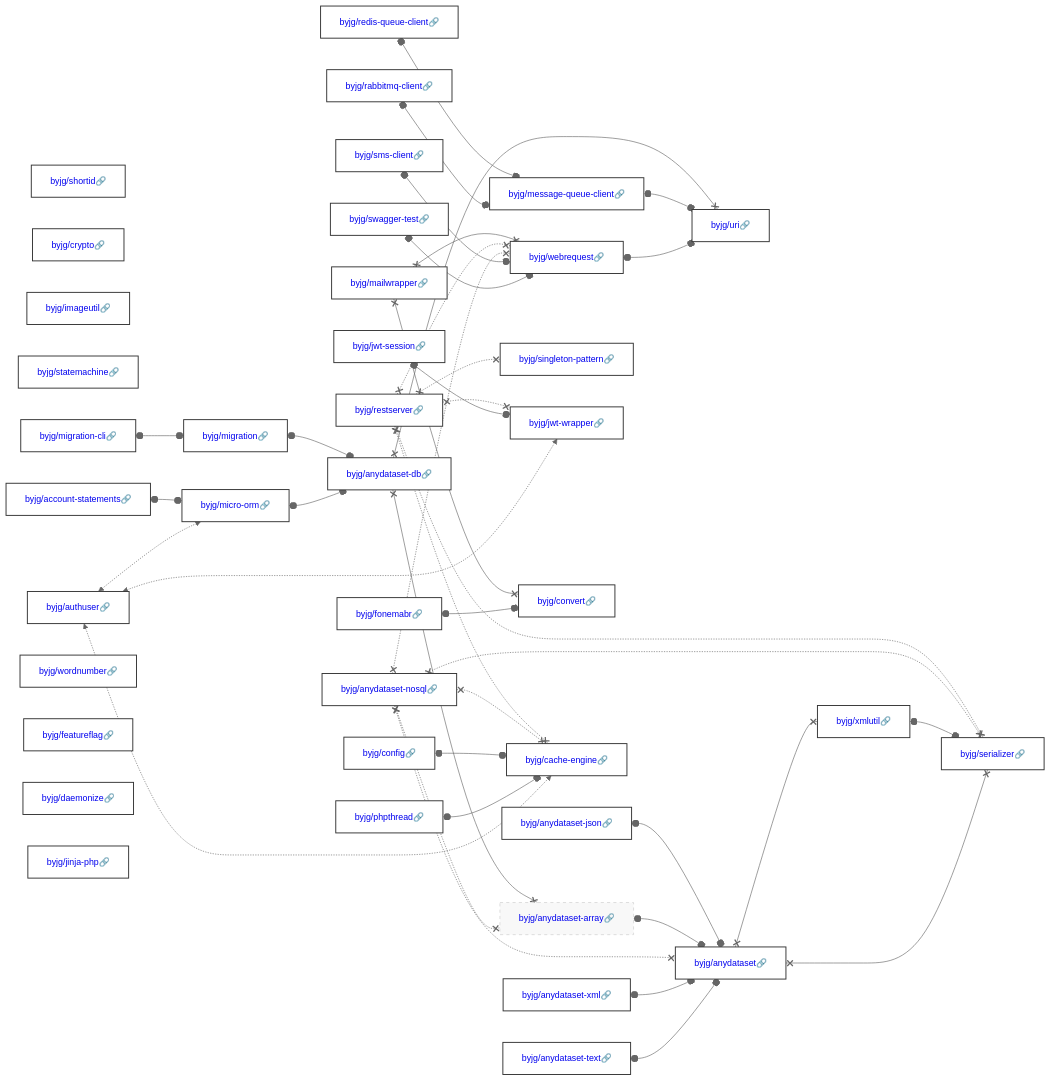
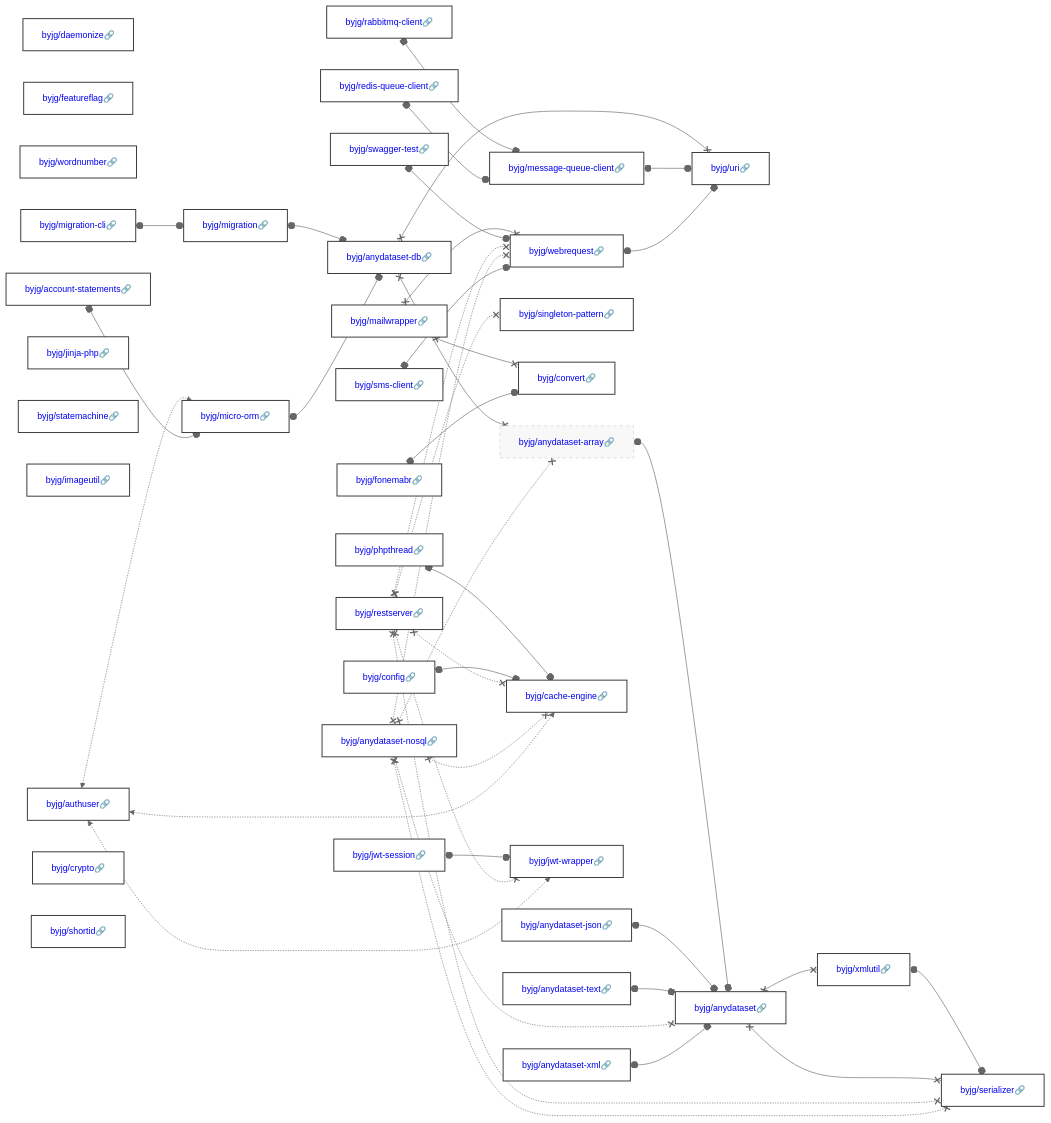
One commit to byjg/byjg.github.io changed the diagram in docs/php/README.md. Above: the diagram before and after it, drawn with Mermaid (neutral theme). The commit also changed other lines of this file, not shown here.

Commit message:
Update documentation 'php' 'php-micro-orm'

````diff
--- a/docs/php/README.md
+++ b/docs/php/README.md
@@ -3,82 +3,82 @@
 ```mermaid
 graph LR;
+  byjg/restserver[<a href='https://opensource.byjg.com/docs/php/restserver' style='text-decoration:none'>byjg/restserver🔗</a>];
+  byjg/daemonize[<a href='https://opensource.byjg.com/docs/php/daemonize' style='text-decoration:none'>byjg/daemonize🔗</a>];
+  byjg/anydataset-nosql[<a href='https://opensource.byjg.com/docs/php/anydataset-nosql' style='text-decoration:none'>byjg/anydataset-nosql🔗</a>];
+  byjg/featureflag[<a href='https://opensource.byjg.com/docs/php/featureflag' style='text-decoration:none'>byjg/featureflag🔗</a>];
+  byjg/anydataset-text[<a href='https://opensource.byjg.com/docs/php/anydataset-text' style='text-decoration:none'>byjg/anydataset-text🔗</a>];
+  byjg/anydataset-json[<a href='https://opensource.byjg.com/docs/php/anydataset-json' style='text-decoration:none'>byjg/anydataset-json🔗</a>];
+  byjg/wordnumber[<a href='https://opensource.byjg.com/docs/php/wordnumber' style='text-decoration:none'>byjg/wordnumber🔗</a>];
+  byjg/migration-cli[<a href='https://opensource.byjg.com/docs/php/migration-cli' style='text-decoration:none'>byjg/migration-cli🔗</a>];
+  byjg/rabbitmq-client[<a href='https://opensource.byjg.com/docs/php/rabbitmq-client' style='text-decoration:none'>byjg/rabbitmq-client🔗</a>];
+  byjg/account-statements[<a href='https://opensource.byjg.com/docs/php/account-statements' style='text-decoration:none'>byjg/account-statements🔗</a>];
+  byjg/mailwrapper[<a href='https://opensource.byjg.com/docs/php/mailwrapper' style='text-decoration:none'>byjg/mailwrapper🔗</a>];
+  byjg/jinja-php[<a href='https://opensource.byjg.com/docs/php/jinja-php' style='text-decoration:none'>byjg/jinja-php🔗</a>];
+  byjg/swagger-test[<a href='https://opensource.byjg.com/docs/php/swagger-test' style='text-decoration:none'>byjg/swagger-test🔗</a>];
   byjg/fonemabr[<a href='https://opensource.byjg.com/docs/php/fonemabr' style='text-decoration:none'>byjg/fonemabr🔗</a>];
+  byjg/statemachine[<a href='https://opensource.byjg.com/docs/php/statemachine' style='text-decoration:none'>byjg/statemachine🔗</a>];
+  byjg/imageutil[<a href='https://opensource.byjg.com/docs/php/imageutil' style='text-decoration:none'>byjg/imageutil🔗</a>];
+  byjg/redis-queue-client[<a href='https://opensource.byjg.com/docs/php/redis-queue-client' style='text-decoration:none'>byjg/redis-queue-client🔗</a>];
+  byjg/jwt-session[<a href='https://opensource.byjg.com/docs/php/jwt-session' style='text-decoration:none'>byjg/jwt-session🔗</a>];
+  byjg/phpthread[<a href='https://opensource.byjg.com/docs/php/phpthread' style='text-decoration:none'>byjg/phpthread🔗</a>];
+  byjg/config[<a href='https://opensource.byjg.com/docs/php/config' style='text-decoration:none'>byjg/config🔗</a>];
+  byjg/anydataset-xml[<a href='https://opensource.byjg.com/docs/php/anydataset-xml' style='text-decoration:none'>byjg/anydataset-xml🔗</a>];
+  byjg/authuser[<a href='https://opensource.byjg.com/docs/php/authuser' style='text-decoration:none'>byjg/authuser🔗</a>];
+  byjg/sms-client[<a href='https://opensource.byjg.com/docs/php/sms-client' style='text-decoration:none'>byjg/sms-client🔗</a>];
+  byjg/crypto[<a href='https://opensource.byjg.com/docs/php/crypto' style='text-decoration:none'>byjg/crypto🔗</a>];
   byjg/shortid[<a href='https://opensource.byjg.com/docs/php/shortid' style='text-decoration:none'>byjg/shortid🔗</a>];
-  byjg/crypto[<a href='https://opensource.byjg.com/docs/php/crypto' style='text-decoration:none'>byjg/crypto🔗</a>];
-  byjg/imageutil[<a href='https://opensource.byjg.com/docs/php/imageutil' style='text-decoration:none'>byjg/imageutil🔗</a>];
-  byjg/anydataset-json[<a href='https://opensource.byjg.com/docs/php/anydataset-json' style='text-decoration:none'>byjg/anydataset-json🔗</a>];
-  byjg/statemachine[<a href='https://opensource.byjg.com/docs/php/statemachine' style='text-decoration:none'>byjg/statemachine🔗</a>];
-  byjg/config[<a href='https://opensource.byjg.com/docs/php/config' style='text-decoration:none'>byjg/config🔗</a>];
-  byjg/sms-client[<a href='https://opensource.byjg.com/docs/php/sms-client' style='text-decoration:none'>byjg/sms-client🔗</a>];
-  byjg/account-statements[<a href='https://opensource.byjg.com/docs/php/account-statements' style='text-decoration:none'>byjg/account-statements🔗</a>];
-  byjg/migration-cli[<a href='https://opensource.byjg.com/docs/php/migration-cli' style='text-decoration:none'>byjg/migration-cli🔗</a>];
-  byjg/authuser[<a href='https://opensource.byjg.com/docs/php/authuser' style='text-decoration:none'>byjg/authuser🔗</a>];
-  byjg/anydataset-xml[<a href='https://opensource.byjg.com/docs/php/anydataset-xml' style='text-decoration:none'>byjg/anydataset-xml🔗</a>];
-  byjg/restserver[<a href='https://opensource.byjg.com/docs/php/restserver' style='text-decoration:none'>byjg/restserver🔗</a>];
-  byjg/rabbitmq-client[<a href='https://opensource.byjg.com/docs/php/rabbitmq-client' style='text-decoration:none'>byjg/rabbitmq-client🔗</a>];
-  byjg/jwt-session[<a href='https://opensource.byjg.com/docs/php/jwt-session' style='text-decoration:none'>byjg/jwt-session🔗</a>];
-  byjg/wordnumber[<a href='https://opensource.byjg.com/docs/php/wordnumber' style='text-decoration:none'>byjg/wordnumber🔗</a>];
-  byjg/phpthread[<a href='https://opensource.byjg.com/docs/php/phpthread' style='text-decoration:none'>byjg/phpthread🔗</a>];
-  byjg/mailwrapper[<a href='https://opensource.byjg.com/docs/php/mailwrapper' style='text-decoration:none'>byjg/mailwrapper🔗</a>];
-  byjg/redis-queue-client[<a href='https://opensource.byjg.com/docs/php/redis-queue-client' style='text-decoration:none'>byjg/redis-queue-client🔗</a>];
-  byjg/featureflag[<a href='https://opensource.byjg.com/docs/php/featureflag' style='text-decoration:none'>byjg/featureflag🔗</a>];
-  byjg/swagger-test[<a href='https://opensource.byjg.com/docs/php/swagger-test' style='text-decoration:none'>byjg/swagger-test🔗</a>];
-  byjg/anydataset-text[<a href='https://opensource.byjg.com/docs/php/anydataset-text' style='text-decoration:none'>byjg/anydataset-text🔗</a>];
-  byjg/daemonize[<a href='https://opensource.byjg.com/docs/php/daemonize' style='text-decoration:none'>byjg/daemonize🔗</a>];
-  byjg/jinja-php[<a href='https://opensource.byjg.com/docs/php/jinja-php' style='text-decoration:none'>byjg/jinja-php🔗</a>];
-  byjg/anydataset-nosql[<a href='https://opensource.byjg.com/docs/php/anydataset-nosql' style='text-decoration:none'>byjg/anydataset-nosql🔗</a>];
+  byjg/singleton-pattern[<a href='https://opensource.byjg.com/docs/php/singleton-pattern' style='text-decoration:none'>byjg/singleton-pattern🔗</a>];
   byjg/migration[<a href='https://opensource.byjg.com/docs/php/migration' style='text-decoration:none'>byjg/migration🔗</a>];
-  byjg/micro-orm[<a href='https://opensource.byjg.com/docs/php/micro-orm' style='text-decoration:none'>byjg/micro-orm🔗</a>];
-  byjg/singleton-pattern[<a href='https://opensource.byjg.com/docs/php/singleton-pattern' style='text-decoration:none'>byjg/singleton-pattern🔗</a>];
-  byjg/jwt-wrapper[<a href='https://opensource.byjg.com/docs/php/jwt-wrapper' style='text-decoration:none'>byjg/jwt-wrapper🔗</a>];
   byjg/convert[<a href='https://opensource.byjg.com/docs/php/convert' style='text-decoration:none'>byjg/convert🔗</a>];
   byjg/message-queue-client[<a href='https://opensource.byjg.com/docs/php/message-queue-client' style='text-decoration:none'>byjg/message-queue-client🔗</a>];
+  byjg/micro-orm[<a href='https://opensource.byjg.com/docs/php/micro-orm' style='text-decoration:none'>byjg/micro-orm🔗</a>];
+  byjg/cache-engine[<a href='https://opensource.byjg.com/docs/php/cache-engine' style='text-decoration:none'>byjg/cache-engine🔗</a>];
+  byjg/jwt-wrapper[<a href='https://opensource.byjg.com/docs/php/jwt-wrapper' style='text-decoration:none'>byjg/jwt-wrapper🔗</a>];
   byjg/webrequest[<a href='https://opensource.byjg.com/docs/php/webrequest' style='text-decoration:none'>byjg/webrequest🔗</a>];
-  byjg/cache-engine[<a href='https://opensource.byjg.com/docs/php/cache-engine' style='text-decoration:none'>byjg/cache-engine🔗</a>];
   byjg/anydataset-db[<a href='https://opensource.byjg.com/docs/php/anydataset-db' style='text-decoration:none'>byjg/anydataset-db🔗</a>];
   byjg/anydataset-array[<a href='https://opensource.byjg.com/docs/php/anydataset-array' style='text-decoration:none'>byjg/anydataset-array🔗</a>];
   byjg/uri[<a href='https://opensource.byjg.com/docs/php/uri' style='text-decoration:none'>byjg/uri🔗</a>];
   byjg/anydataset[<a href='https://opensource.byjg.com/docs/php/anydataset' style='text-decoration:none'>byjg/anydataset🔗</a>];
   byjg/xmlutil[<a href='https://opensource.byjg.com/docs/php/xmlutil' style='text-decoration:none'>byjg/xmlutil🔗</a>];
   byjg/serializer[<a href='https://opensource.byjg.com/docs/php/serializer' style='text-decoration:none'>byjg/serializer🔗</a>];
+  byjg/mailwrapper x--x byjg/convert;
+  byjg/mailwrapper x--x byjg/webrequest;
+  byjg/xmlutil o--o byjg/serializer;
   byjg/rabbitmq-client o--o byjg/message-queue-client;
-  byjg/webrequest o--o byjg/uri;
+  byjg/migration o--o byjg/anydataset-db;
+  byjg/anydataset-array o--o byjg/anydataset;
   byjg/swagger-test o--o byjg/webrequest;
-  byjg/fonemabr o--o byjg/convert;
-  byjg/authuser <-.-> byjg/micro-orm;
-  byjg/authuser <-.-> byjg/cache-engine;
-  byjg/authuser <-.-> byjg/jwt-wrapper;
+  byjg/anydataset-db x--x byjg/anydataset-array;
+  byjg/anydataset-db x--x byjg/uri;
+  byjg/message-queue-client o--o byjg/uri;
+  byjg/phpthread o--o byjg/cache-engine;
+  byjg/migration-cli o--o byjg/migration;
+  byjg/jwt-session o--o byjg/jwt-wrapper;
   byjg/anydataset x--x byjg/serializer;
   byjg/anydataset x--x byjg/xmlutil;
-  byjg/jwt-session o--o byjg/jwt-wrapper;
+  byjg/redis-queue-client o--o byjg/message-queue-client;
+  byjg/config o--o byjg/cache-engine;
+  byjg/restserver x-.-x byjg/serializer;
+  byjg/restserver x-.-x byjg/singleton-pattern;
+  byjg/restserver x-.-x byjg/cache-engine;
+  byjg/restserver x-.-x byjg/webrequest;
+  byjg/restserver x-.-x byjg/jwt-wrapper;
+  byjg/anydataset-json o--o byjg/anydataset;
   byjg/anydataset-text o--o byjg/anydataset;
-  byjg/phpthread o--o byjg/cache-engine;
-  byjg/xmlutil o--o byjg/serializer;
-  byjg/sms-client o--o byjg/webrequest;
-  byjg/anydataset-xml o--o byjg/anydataset;
-  byjg/config o--o byjg/cache-engine;
   byjg/anydataset-nosql x-.-x byjg/anydataset;
   byjg/anydataset-nosql x-.-x byjg/anydataset-array;
   byjg/anydataset-nosql x-.-x byjg/serializer;
   byjg/anydataset-nosql x-.-x byjg/webrequest;
   byjg/anydataset-nosql x-.-x byjg/cache-engine;
-  byjg/message-queue-client o--o byjg/uri;
+  byjg/authuser <-.-> byjg/micro-orm;
+  byjg/authuser <-.-> byjg/cache-engine;
+  byjg/authuser <-.-> byjg/jwt-wrapper;
+  byjg/sms-client o--o byjg/webrequest;
+  byjg/account-statements o--o byjg/micro-orm;
   byjg/micro-orm o--o byjg/anydataset-db;
-  byjg/anydataset-array o--o byjg/anydataset;
-  byjg/migration-cli o--o byjg/migration;
-  byjg/redis-queue-client o--o byjg/message-queue-client;
-  byjg/restserver x-.-x byjg/serializer;
-  byjg/restserver x-.-x byjg/singleton-pattern;
-  byjg/restserver x-.-x byjg/cache-engine;
-  byjg/restserver x-.-x byjg/webrequest;
-  byjg/restserver x-.-x byjg/jwt-wrapper;
-  byjg/anydataset-db x--x byjg/anydataset-array;
-  byjg/anydataset-db x--x byjg/uri;
-  byjg/migration o--o byjg/anydataset-db;
-  byjg/mailwrapper x--x byjg/convert;
-  byjg/mailwrapper x--x byjg/webrequest;
-  byjg/anydataset-json o--o byjg/anydataset;
-  byjg/account-statements o--o byjg/micro-orm;
+  byjg/anydataset-xml o--o byjg/anydataset;
+  byjg/fonemabr o--o byjg/convert;
+  byjg/webrequest o--o byjg/uri;
   classDef default fill:#ffffff,stroke:#333,stroke-width:1.5px,color:#000,font-size:14px;
   classDef highlight fill:#ffef96,stroke:#ff9900,stroke-width:3px;
   classDef deprecated fill:#f8f8f8,stroke:#cccccc,stroke-dasharray: 5 5,stroke-width:1px,color:#999;
````
